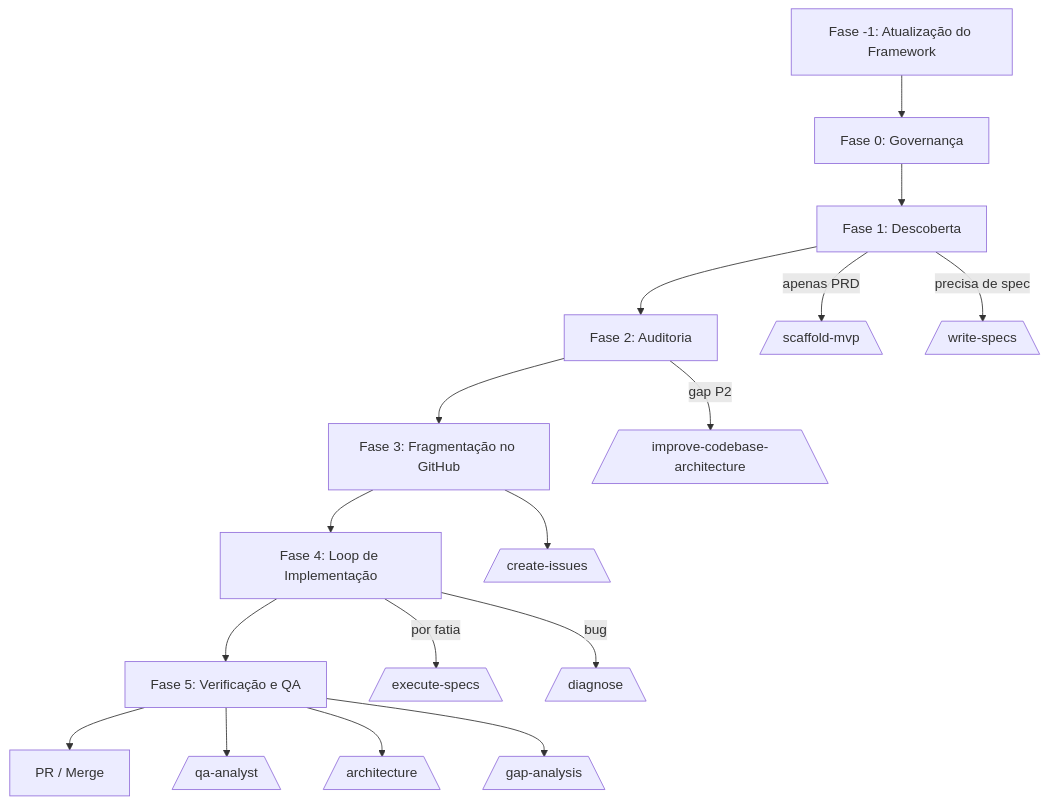
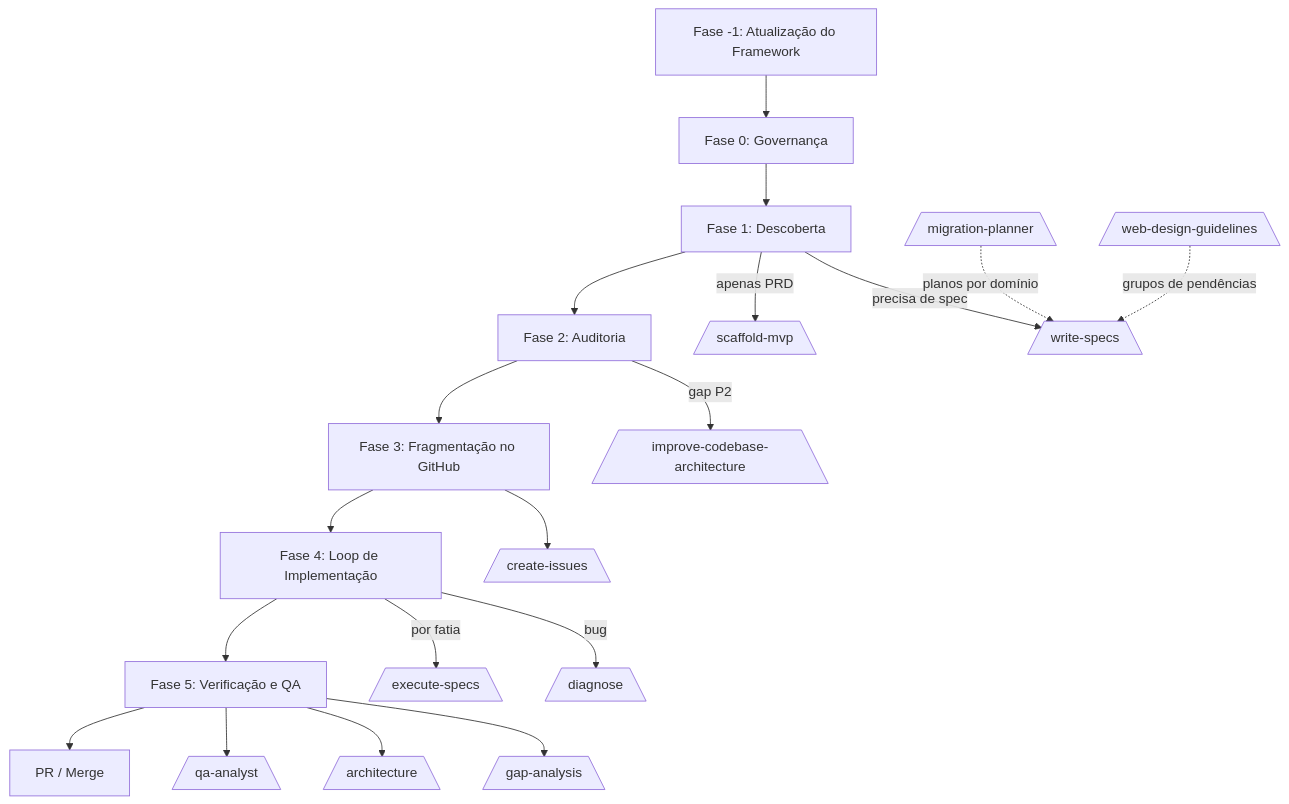
The diagram in README.pt-br.md (afonsoft/skills), drawn with Mermaid before and after one commit. The commit also changed 10 other files, not shown here.

First line of the commit message:
docs: surface migration-planner and web-design-guidelines in docs index and correlation sections

````diff
--- a/README.pt-br.md
+++ b/README.pt-br.md
@@ -22,20 +22,23 @@
 ```mermaid
 flowchart TD
     A[Fase -1: Atualização do Framework] --> B[Fase 0: Governança]
     B --> C[Fase 1: Descoberta]
     C --> D[Fase 2: Auditoria]
     D --> E[Fase 3: Fragmentação no GitHub]
     E --> F[Fase 4: Loop de Implementação]
     F --> G[Fase 5: Verificação e QA]
     G --> H[PR / Merge]
 
     C -->|apenas PRD| I[/scaffold-mvp\]
     C -->|precisa de spec| J[/write-specs\]
     D -->|gap P2| K[/improve-codebase-architecture\]
     E --> L[/create-issues\]
     F -->|por fatia| M[/execute-specs\]
     F -->|bug| N[/diagnose\]
     G --> O[/qa-analyst\]
     G --> P[/architecture\]
     G --> R[/gap-analysis\]
+
+    S[/migration-planner\] -.->|planos por domínio| J
+    T[/web-design-guidelines\] -.->|grupos de pendências| J
 ```
````
